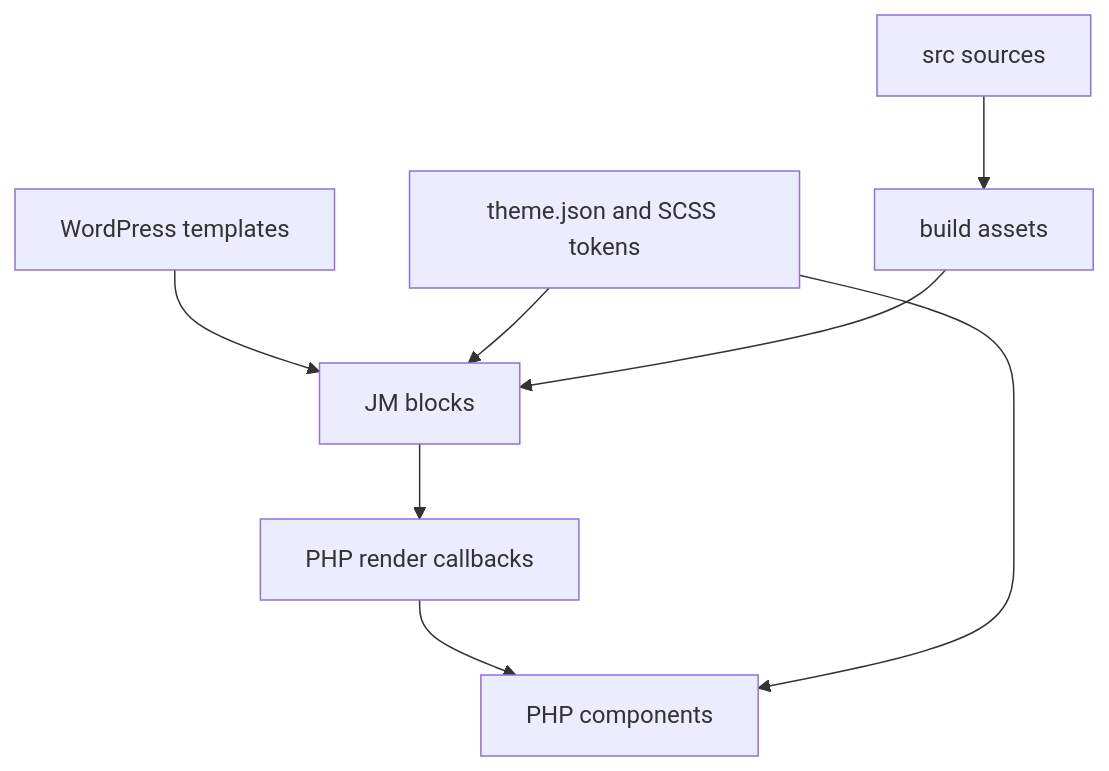
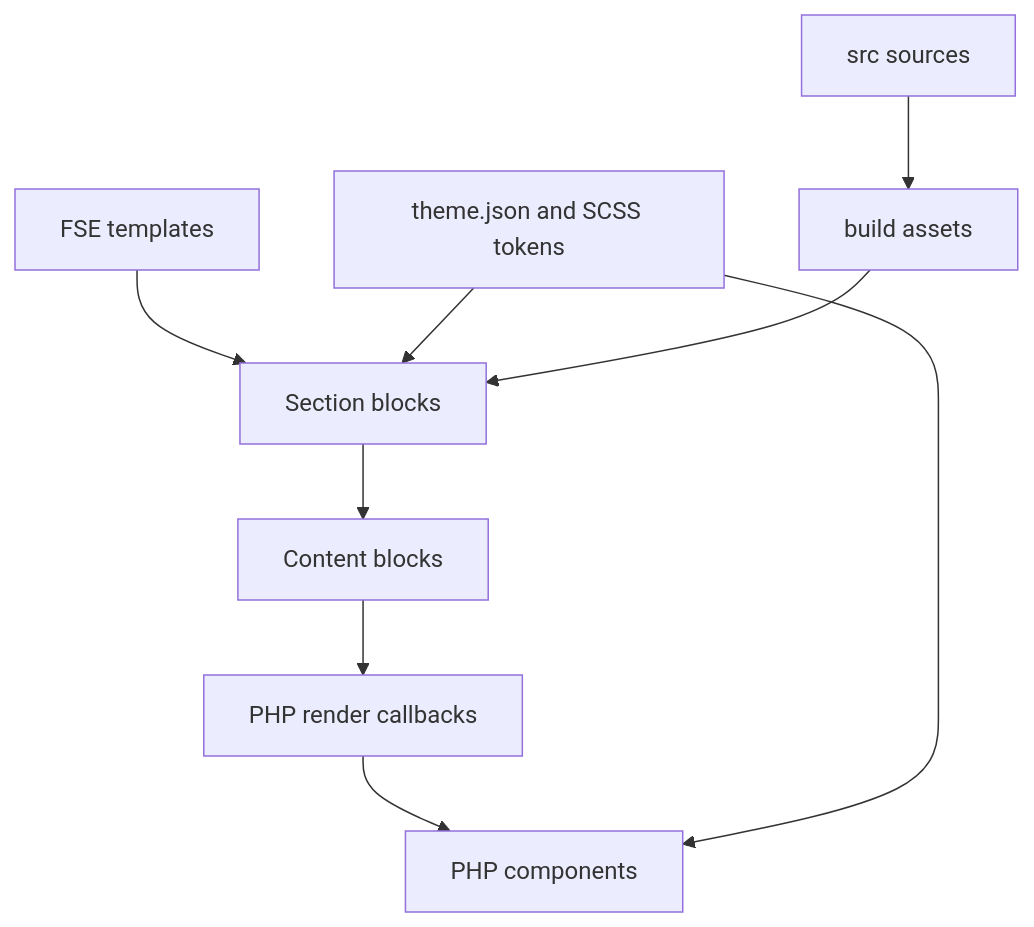
One commit to John-McPherson/jm_wp_theme changed the diagram in docs/architecture.md. Above: the diagram before and after it, drawn with Mermaid. The commit also changed other lines of this file and 9 other files, not shown here.

````diff
--- a/docs/architecture.md
+++ b/docs/architecture.md
@@ -9,10 +9,11 @@
 ```mermaid
 flowchart TD
-    WP["WordPress templates"] --> B["JM blocks"]
-    B --> R["PHP render callbacks"]
+    WP["FSE templates"] --> B["Section blocks"]
+    B --> I["Content blocks"]
+    I --> R["PHP render callbacks"]
     R --> C["PHP components"]
     T["theme.json and SCSS tokens"] --> B
     T --> C
     S["src sources"] --> A["build assets"]
     A --> B
 ```
````
